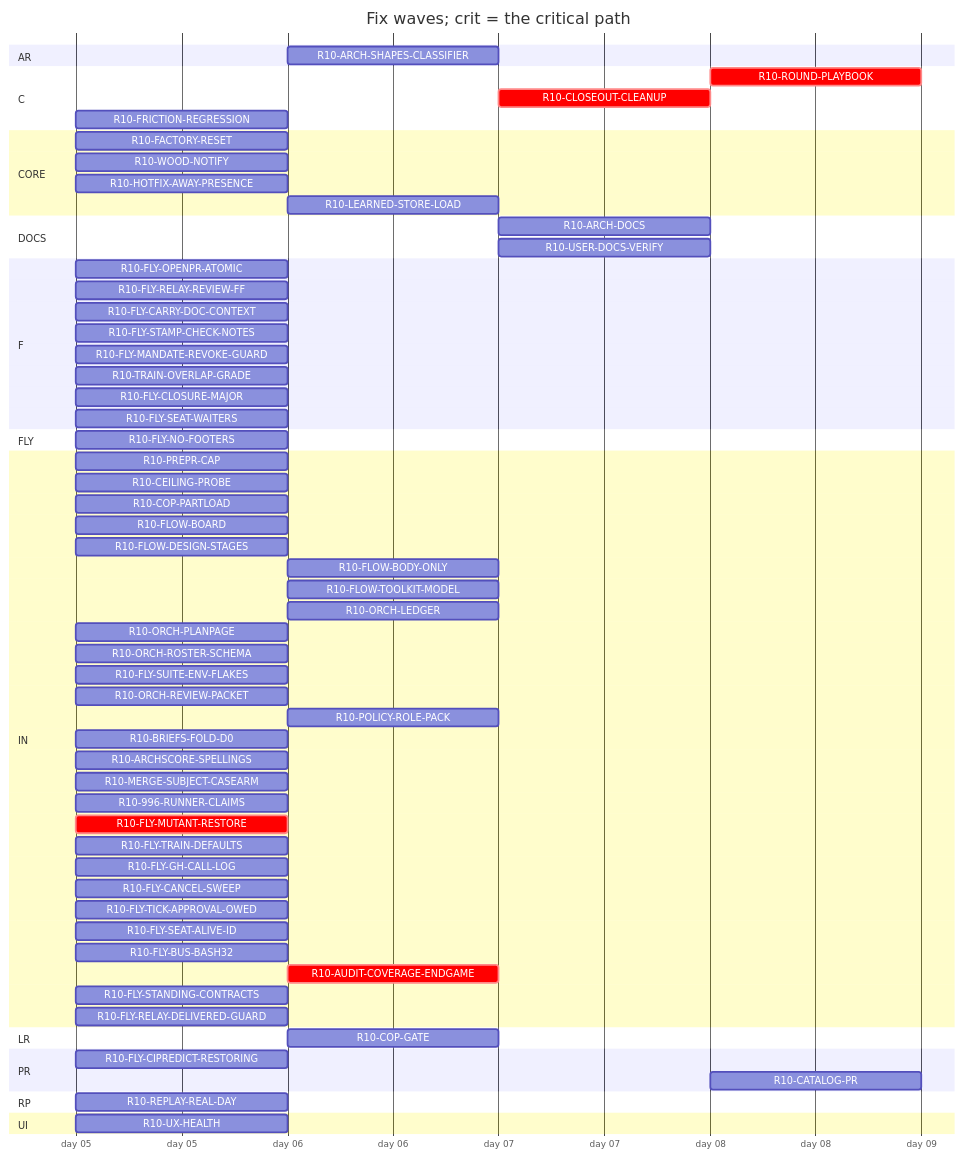
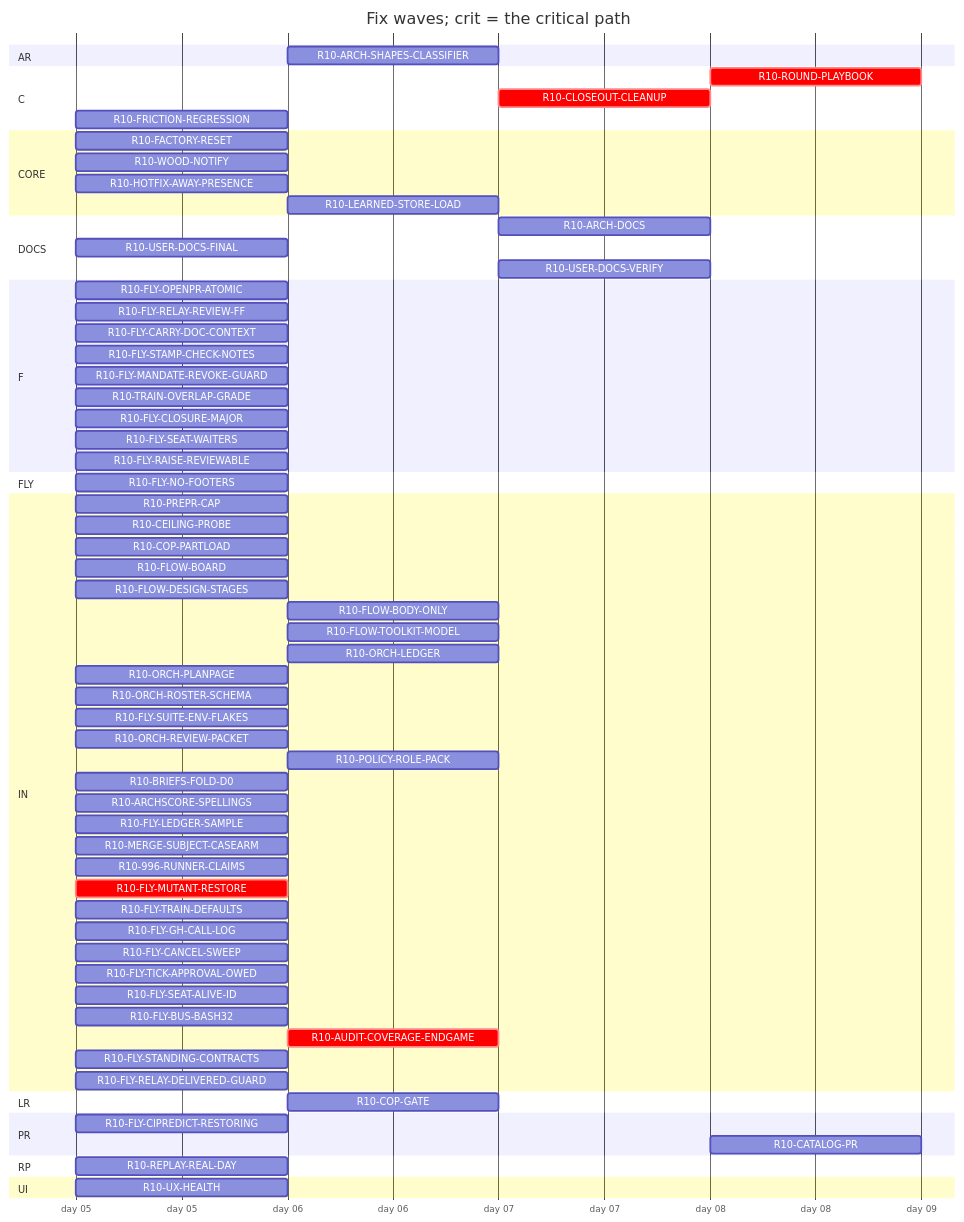
The diagram in handoff/round10/state/PLAN-TABLE.md (tvofi/heatpump_optimizer), drawn with Mermaid before and after one commit. The commit also changed other lines of this file and 3 other files, not shown here.

Commit message:
state: FLOW-BOARD.md, NEXT-SESSION-PROMPT.md, PLAN-TABLE.md, RESUME-CURRENT.md regenerated (state_docs.py)

````diff
--- a/handoff/round10/state/PLAN-TABLE.md
+++ b/handoff/round10/state/PLAN-TABLE.md
@@ -24,68 +24,71 @@
 ```mermaid
 gantt
   title Fix waves; crit = the critical path
   dateFormat YYYY-MM-DD
   axisFormat day %d
   section AR
     R10-ARCH-SHAPES-CLASSIFIER :r10ARCHSHAPESCLASSIFIER, after r10996RUNNERCLAIMS, 1d
   section C
     R10-ROUND-PLAYBOOK :crit, r10ROUNDPLAYBOOK, after r10ORCHLEDGER r10ORCHPLANPAGE r10FLYRELAYREVIEWFF r10FLOWBODYONLY r10AUDITCOVERAGEENDGAME r10FLOWDESIGNSTAGES r10ORCHROSTERSCHEMA r10FLOWTOOLKITMODEL r10TRAINOVERLAPGRADE r10FLYTRAINDEFAULTS r10FLYCANCELSWEEP r10POLICYROLEPACK r10ORCHREVIEWPACKET r10FLOWBOARD r10CLOSEOUTCLEANUP, 1d
     R10-CLOSEOUT-CLEANUP :crit, r10CLOSEOUTCLEANUP, after r10AUDITCOVERAGEENDGAME, 1d
     R10-FRICTION-REGRESSION :r10FRICTIONREGRESSION, 2026-01-05, 1d
   section CORE
     R10-FACTORY-RESET :r10FACTORYRESET, 2026-01-05, 1d
     R10-WOOD-NOTIFY :r10WOODNOTIFY, 2026-01-05, 1d
     R10-HOTFIX-AWAY-PRESENCE :r10HOTFIXAWAYPRESENCE, 2026-01-05, 1d
     R10-LEARNED-STORE-LOAD :r10LEARNEDSTORELOAD, after r10FACTORYRESET, 1d
   section DOCS
-    R10-ARCH-DOCS :r10ARCHDOCS, after r10COPGATE r10UXHEALTH r10CEILINGPROBE r10COPPARTLOAD r10FLOWBOARD r10FLOWDESIGNSTAGES r10FLOWBODYONLY r10FLYOPENPRATOMIC r10FLYRELAYREVIEWFF r10FLYCARRYDOCCONTEXT r10FLOWTOOLKITMODEL r10FLYSTAMPCHECKNOTES r10FLYMANDATEREVOKEGUARD r10TRAINOVERLAPGRADE r10FLYSUITEENVFLAKES r10ORCHLEDGER r10ORCHPLANPAGE r10ORCHROSTERSCHEMA r10ORCHREVIEWPACKET r10POLICYROLEPACK r10BRIEFSFOLDD0 r10REPLAYREALDAY r10ARCHSCORESPELLINGS, 1d
-    R10-USER-DOCS-VERIFY :r10USERDOCSVERIFY, after r10COPGATE r10UXHEALTH r10CEILINGPROBE r10COPPARTLOAD r10FACTORYRESET r10WOODNOTIFY r10ARCHSHAPESCLASSIFIER r10HOTFIXAWAYPRESENCE, 1d
+    R10-ARCH-DOCS :r10ARCHDOCS, after r10COPGATE r10UXHEALTH r10CEILINGPROBE r10COPPARTLOAD r10FLOWBOARD r10FLOWDESIGNSTAGES r10FLOWBODYONLY r10FLYOPENPRATOMIC r10FLYRELAYREVIEWFF r10FLYCARRYDOCCONTEXT r10FLOWTOOLKITMODEL r10FLYSTAMPCHECKNOTES r10FLYMANDATEREVOKEGUARD r10TRAINOVERLAPGRADE r10FLYSUITEENVFLAKES r10ORCHLEDGER r10ORCHPLANPAGE r10ORCHROSTERSCHEMA r10ORCHREVIEWPACKET r10POLICYROLEPACK r10BRIEFSFOLDD0 r10REPLAYREALDAY r10ARCHSCORESPELLINGS r10FLYLEDGERSAMPLE, 1d
+    R10-USER-DOCS-FINAL :r10USERDOCSFINAL, 2026-01-05, 1d
+    R10-USER-DOCS-VERIFY :r10USERDOCSVERIFY, after r10COPGATE r10UXHEALTH r10CEILINGPROBE r10COPPARTLOAD r10FACTORYRESET r10WOODNOTIFY r10USERDOCSFINAL r10ARCHSHAPESCLASSIFIER r10HOTFIXAWAYPRESENCE, 1d
   section F
     R10-FLY-OPENPR-ATOMIC :r10FLYOPENPRATOMIC, 2026-01-05, 1d
     R10-FLY-RELAY-REVIEW-FF :r10FLYRELAYREVIEWFF, 2026-01-05, 1d
     R10-FLY-CARRY-DOC-CONTEXT :r10FLYCARRYDOCCONTEXT, 2026-01-05, 1d
     R10-FLY-STAMP-CHECK-NOTES :r10FLYSTAMPCHECKNOTES, 2026-01-05, 1d
     R10-FLY-MANDATE-REVOKE-GUARD :r10FLYMANDATEREVOKEGUARD, 2026-01-05, 1d
     R10-TRAIN-OVERLAP-GRADE :r10TRAINOVERLAPGRADE, 2026-01-05, 1d
     R10-FLY-CLOSURE-MAJOR :r10FLYCLOSUREMAJOR, 2026-01-05, 1d
     R10-FLY-SEAT-WAITERS :r10FLYSEATWAITERS, 2026-01-05, 1d
+    R10-FLY-RAISE-REVIEWABLE :r10FLYRAISEREVIEWABLE, 2026-01-05, 1d
   section FLY
     R10-FLY-NO-FOOTERS :r10FLYNOFOOTERS, 2026-01-05, 1d
   section IN
     R10-PREPR-CAP :r10PREPRCAP, 2026-01-05, 1d
     R10-CEILING-PROBE :r10CEILINGPROBE, 2026-01-05, 1d
     R10-COP-PARTLOAD :r10COPPARTLOAD, 2026-01-05, 1d
     R10-FLOW-BOARD :r10FLOWBOARD, 2026-01-05, 1d
     R10-FLOW-DESIGN-STAGES :r10FLOWDESIGNSTAGES, 2026-01-05, 1d
     R10-FLOW-BODY-ONLY :r10FLOWBODYONLY, after r10FLYOPENPRATOMIC, 1d
     R10-FLOW-TOOLKIT-MODEL :r10FLOWTOOLKITMODEL, after r10ORCHPLANPAGE r10FLYCANCELSWEEP, 1d
     R10-ORCH-LEDGER :r10ORCHLEDGER, after r10FLYCANCELSWEEP, 1d
     R10-ORCH-PLANPAGE :r10ORCHPLANPAGE, 2026-01-05, 1d
     R10-ORCH-ROSTER-SCHEMA :r10ORCHROSTERSCHEMA, 2026-01-05, 1d
     R10-FLY-SUITE-ENV-FLAKES :r10FLYSUITEENVFLAKES, 2026-01-05, 1d
     R10-ORCH-REVIEW-PACKET :r10ORCHREVIEWPACKET, 2026-01-05, 1d
     R10-POLICY-ROLE-PACK :r10POLICYROLEPACK, after r10FLOWDESIGNSTAGES, 1d
     R10-BRIEFS-FOLD-D0 :r10BRIEFSFOLDD0, 2026-01-05, 1d
     R10-ARCHSCORE-SPELLINGS :r10ARCHSCORESPELLINGS, 2026-01-05, 1d
+    R10-FLY-LEDGER-SAMPLE :r10FLYLEDGERSAMPLE, 2026-01-05, 1d
     R10-MERGE-SUBJECT-CASEARM :r10MERGESUBJECTCASEARM, 2026-01-05, 1d
     R10-996-RUNNER-CLAIMS :r10996RUNNERCLAIMS, 2026-01-05, 1d
     R10-FLY-MUTANT-RESTORE :crit, r10FLYMUTANTRESTORE, 2026-01-05, 1d
     R10-FLY-TRAIN-DEFAULTS :r10FLYTRAINDEFAULTS, 2026-01-05, 1d
     R10-FLY-GH-CALL-LOG :r10FLYGHCALLLOG, 2026-01-05, 1d
     R10-FLY-CANCEL-SWEEP :r10FLYCANCELSWEEP, 2026-01-05, 1d
     R10-FLY-TICK-APPROVAL-OWED :r10FLYTICKAPPROVALOWED, 2026-01-05, 1d
     R10-FLY-SEAT-ALIVE-ID :r10FLYSEATALIVEID, 2026-01-05, 1d
     R10-FLY-BUS-BASH32 :r10FLYBUSBASH32, 2026-01-05, 1d
     R10-AUDIT-COVERAGE-ENDGAME :crit, r10AUDITCOVERAGEENDGAME, after r10FLYMUTANTRESTORE r10996RUNNERCLAIMS, 1d
     R10-FLY-STANDING-CONTRACTS :r10FLYSTANDINGCONTRACTS, 2026-01-05, 1d
     R10-FLY-RELAY-DELIVERED-GUARD :r10FLYRELAYDELIVEREDGUARD, 2026-01-05, 1d
   section LR
     R10-COP-GATE :r10COPGATE, after r10CEILINGPROBE, 1d
   section PR
     R10-FLY-CIPREDICT-RESTORING :r10FLYCIPREDICTRESTORING, 2026-01-05, 1d
     R10-CATALOG-PR :r10CATALOGPR, after r10USERDOCSVERIFY r10AUDITCOVERAGEENDGAME, 1d
   section RP
     R10-REPLAY-REAL-DAY :r10REPLAYREALDAY, 2026-01-05, 1d
   section UI
     R10-UX-HEALTH :r10UXHEALTH, 2026-01-05, 1d
 ```
````
